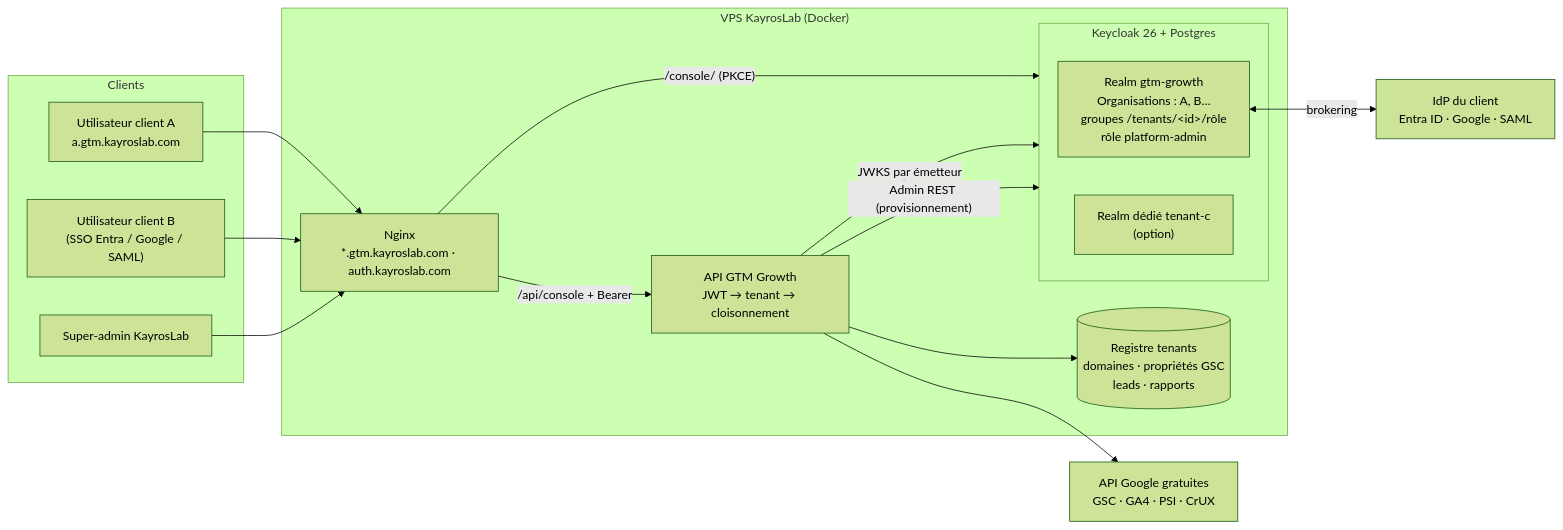
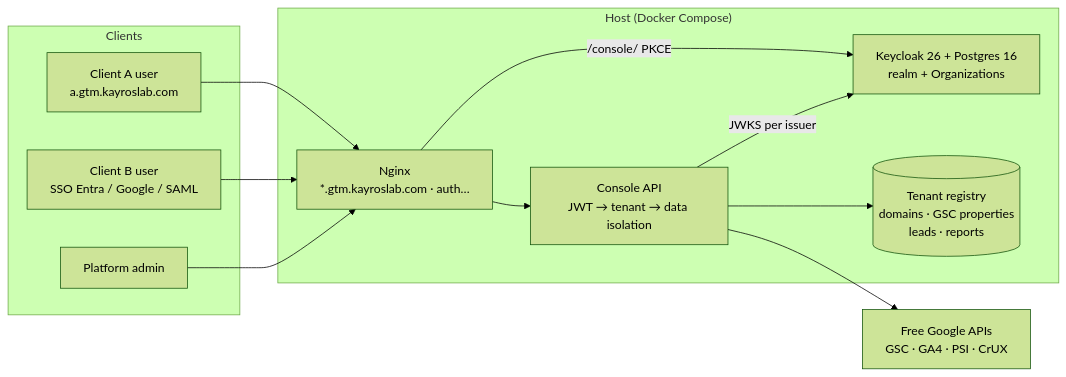
One commit to Geoking2104/GTM-Growth changed the third of 4 diagrams in README.md. Above: the diagram before and after it, drawn with Mermaid (forest theme). The commit also changed other lines of this file, not shown here.

````diff
--- a/README.md
+++ b/README.md
@@ -40,27 +190,20 @@
 ```mermaid
 flowchart LR
   subgraph Clients
-    U1["Utilisateur client A<br/>a.gtm.kayroslab.com"]
-    U2["Utilisateur client B<br/>(SSO Entra / Google / SAML)"]
-    SA["Super-admin KayrosLab"]
+    U1["Client A user<br/>a.gtm.kayroslab.com"]
+    U2["Client B user<br/>SSO Entra / Google / SAML"]
+    SA["Platform admin"]
   end
-  subgraph VPS["VPS KayrosLab (Docker)"]
-    NG["Nginx<br/>*.gtm.kayroslab.com · auth.kayroslab.com"]
-    subgraph KC["Keycloak 26 + Postgres"]
-      R1["Realm gtm-growth<br/>Organisations : A, B…<br/>groupes /tenants/&lt;id&gt;/rôle<br/>rôle platform-admin"]
-      R2["Realm dédié tenant-c<br/>(option)"]
-    end
-    API["API GTM Growth<br/>JWT → tenant → cloisonnement"]
-    REG[("Registre tenants<br/>domaines · propriétés GSC<br/>leads · rapports")]
+  subgraph VPS["Host (Docker Compose)"]
+    NG["Nginx<br/>*.gtm.kayroslab.com · auth…"]
+    KC["Keycloak 26 + Postgres 16<br/>realm + Organizations"]
+    API["Console API<br/>JWT → tenant → data isolation"]
+    REG[("Tenant registry<br/>domains · GSC properties<br/>leads · reports")]
   end
-  IDP["IdP du client<br/>Entra ID · Google · SAML"]
-  G["API Google gratuites<br/>GSC · GA4 · PSI · CrUX"]
-  U1 & U2 & SA --> NG
-  NG -->|"/console/ (PKCE)"| KC
-  R1 <-->|brokering| IDP
-  NG -->|"/api/console + Bearer"| API
-  API -->|JWKS par émetteur| KC
+  G["Free Google APIs<br/>GSC · GA4 · PSI · CrUX"]
+  U1 & U2 & SA --> NG --> API
+  NG -->|"/console/ PKCE"| KC
+  API -->|JWKS per issuer| KC
   API --> REG
   API --> G
-  API -->|"Admin REST (provisionnement)"| KC
 ```
````
